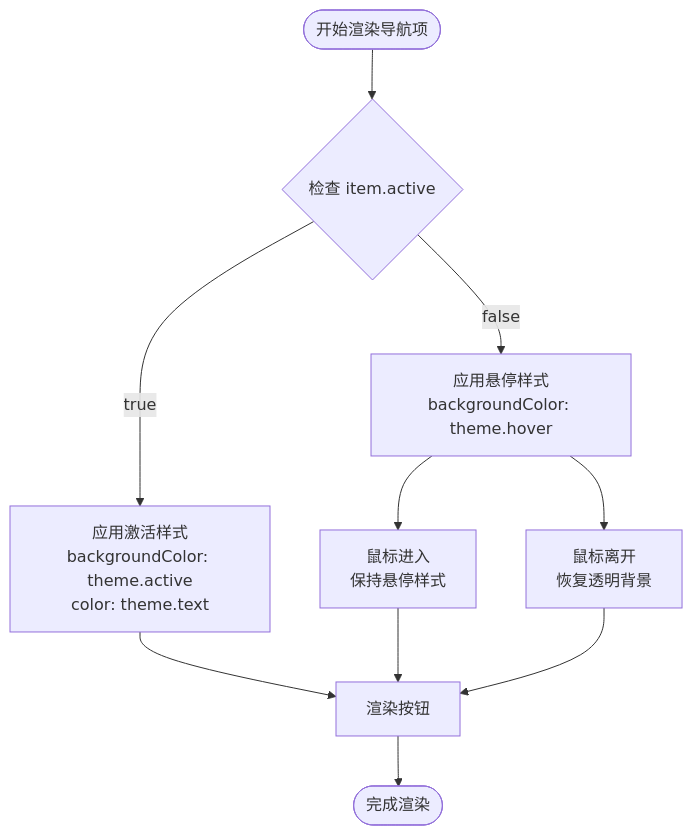
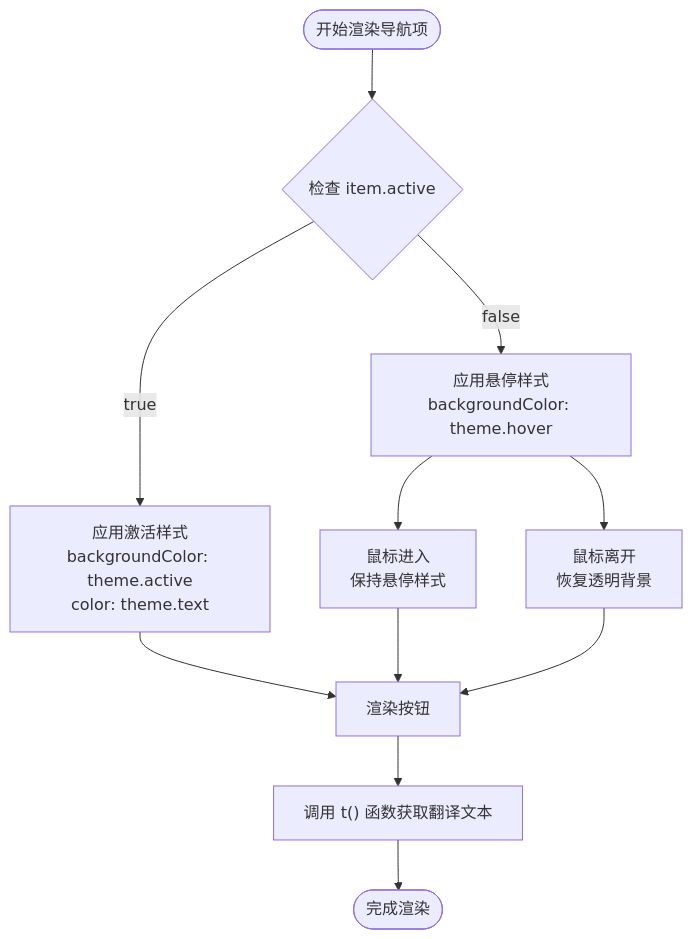
The fourth of 13 diagrams in repowiki/zh/content/前端开发/UI 组件详解/侧边栏组件 (Sidebar).md (YLee9527/Medex), drawn with Mermaid before and after one commit. The commit also changed other lines of this file and 13 other files, not shown here.

````diff
--- a/repowiki/zh/content/前端开发/UI 组件详解/侧边栏组件 (Sidebar).md
+++ b/repowiki/zh/content/前端开发/UI 组件详解/侧边栏组件 (Sidebar).md
@@ -213,12 +249,13 @@
 ```mermaid
 flowchart TD
 Start([开始渲染导航项]) --> CheckActive{"检查 item.active"}
 CheckActive --> |true| ActiveStyle["应用激活样式<br/>backgroundColor: theme.active<br/>color: theme.text"]
 CheckActive --> |false| HoverStyle["应用悬停样式<br/>backgroundColor: theme.hover"]
 HoverStyle --> MouseEnter["鼠标进入<br/>保持悬停样式"]
 HoverStyle --> MouseLeave["鼠标离开<br/>恢复透明背景"]
 ActiveStyle --> Render["渲染按钮"]
 MouseEnter --> Render
 MouseLeave --> Render
-Render --> End([完成渲染])
+Render --> TranslateText["调用 t() 函数获取翻译文本"]
+TranslateText --> End([完成渲染])
 ```
````
